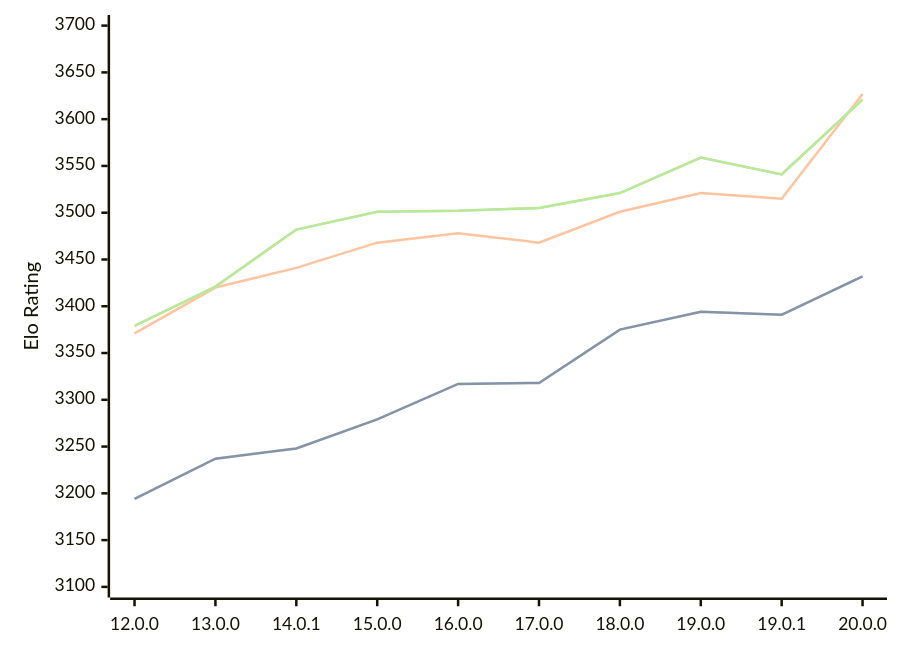
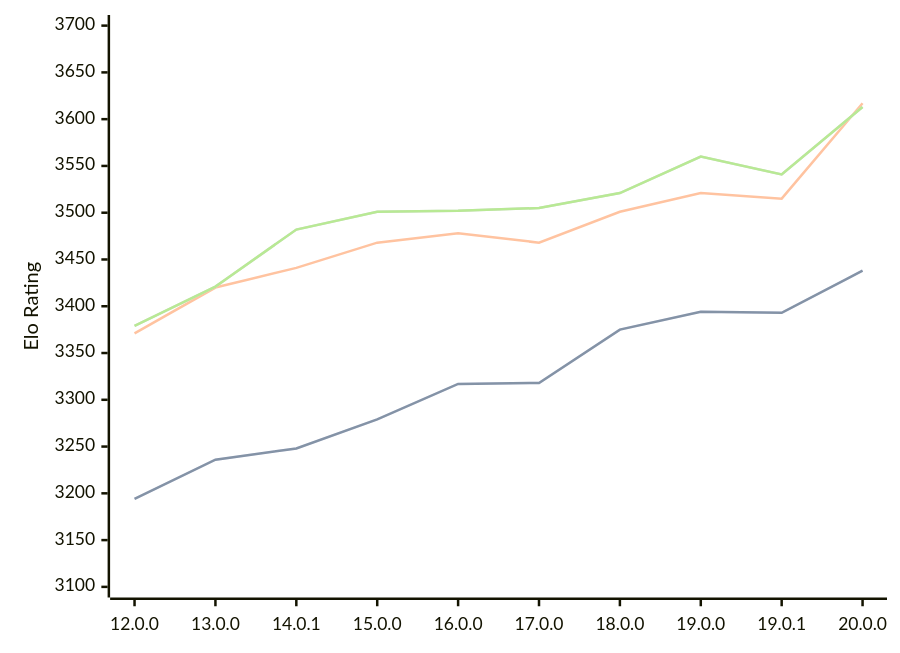
Before and after one commit to computer-chess-index/cci: the first of 3 diagrams in engines/Viridithas.md, drawn with Mermaid. The commit also changed other lines of this file, not shown here.

Commit message:
Update CCI Ratings (ELO VLTC) - 2026-06-30

````diff
--- a/engines/Viridithas.md
+++ b/engines/Viridithas.md
@@ -64,11 +64,11 @@
 ```mermaid
 %%{init: {"theme":"base","themeVariables":{"seriesColors:['#a3a3a3','#222221','#faa371']}}}%%
 xychart-beta
   x-axis ["12.0.0", "13.0.0", "14.0.1", "15.0.0", "16.0.0", "17.0.0", "18.0.0", "19.0.0", "19.0.1", "20.0.0"]
   y-axis "Elo Rating" 3100 --> 3700
-  line "STC (8.0+0.08s)" [3194, 3237, 3248, 3279, 3317, 3318, 3375, 3394, 3391, 3432]
-  line "STC (8.0+0.08s)" [3194, 3237, 3248, 3279, 3317, 3318, 3375, 3394, 3391, 3432]
-  line "LTC (60.0+0.60s)" [3371, 3420, 3441, 3468, 3478, 3468, 3501, 3521, 3515, 3627]
-  line "VLTC (2m24s+1.12s)" [3379, 3421, 3482, 3501, 3502, 3505, 3521, 3559, 3541, 3621]
-  line "VLTC (2m24s+1.12s)" [3379, 3421, 3482, 3501, 3502, 3505, 3521, 3559, 3541, 3621]
+  line "STC (8.0+0.08s)" [3194, 3236, 3248, 3279, 3317, 3318, 3375, 3394, 3393, 3438]
+  line "STC (8.0+0.08s)" [3194, 3236, 3248, 3279, 3317, 3318, 3375, 3394, 3393, 3438]
+  line "LTC (60.0+0.60s)" [3371, 3420, 3441, 3468, 3478, 3468, 3501, 3521, 3515, 3617]
+  line "VLTC (2m24s+1.12s)" [3379, 3421, 3482, 3501, 3502, 3505, 3521, 3560, 3541, 3613]
+  line "VLTC (2m24s+1.12s)" [3379, 3421, 3482, 3501, 3502, 3505, 3521, 3560, 3541, 3613]
 ```
````
